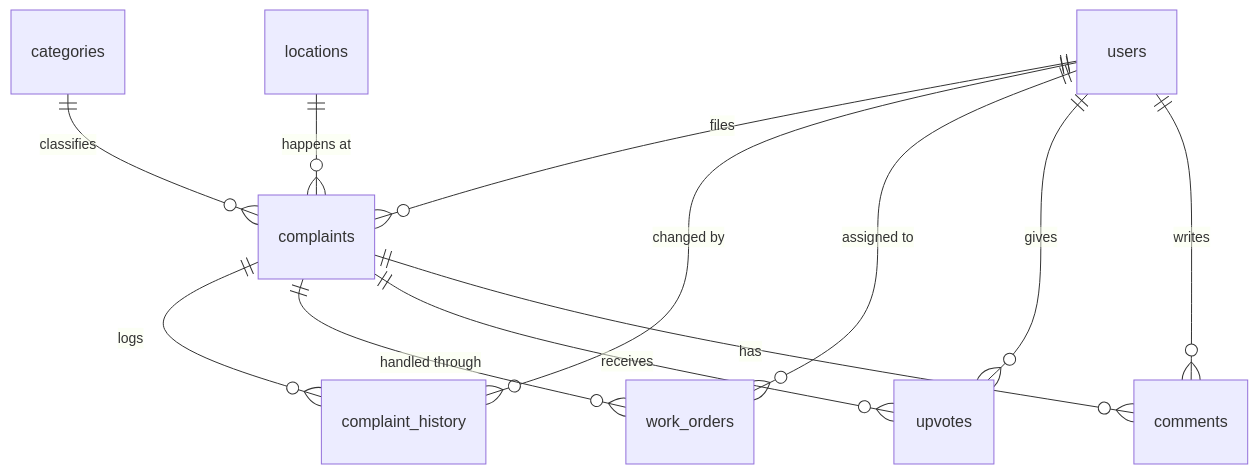
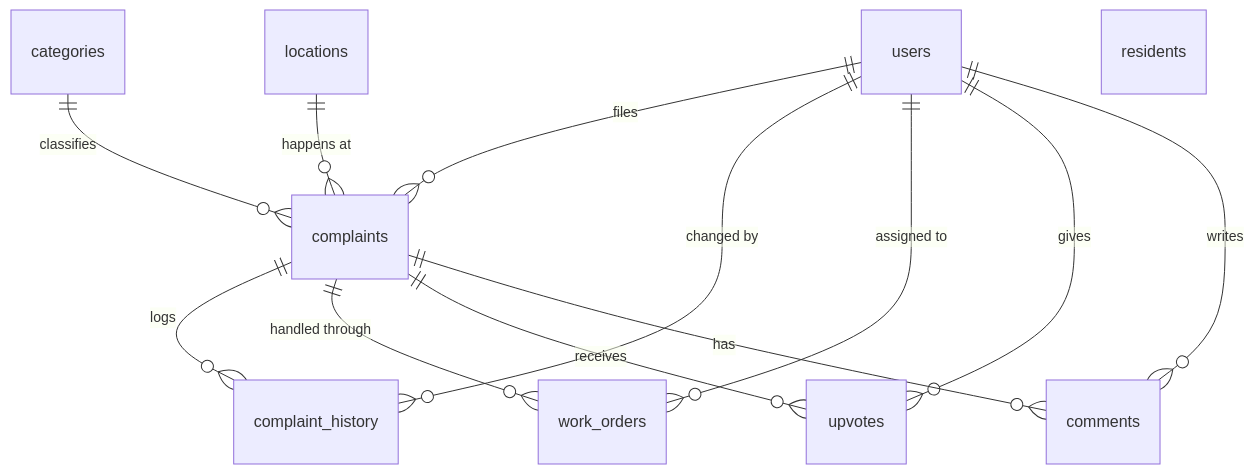
One commit to Fireproof-Zarry/Hostel-Complaints-Ticketing-System changed the diagram in docs/DATABASE.md. Above: the diagram before and after it, drawn with Mermaid. The commit also changed other lines of this file and 4 other files, not shown here.

````diff
--- a/docs/DATABASE.md
+++ b/docs/DATABASE.md
@@ -7,14 +7,15 @@
 ```mermaid
 erDiagram
     users ||--o{ complaints : files
     categories ||--o{ complaints : classifies
     locations ||--o{ complaints : "happens at"
     complaints ||--o{ complaint_history : logs
     users ||--o{ complaint_history : "changed by"
     complaints ||--o{ work_orders : "handled through"
     users ||--o{ work_orders : "assigned to"
     complaints ||--o{ upvotes : receives
     users ||--o{ upvotes : gives
     complaints ||--o{ comments : has
     users ||--o{ comments : writes
+    residents
 ```
````
